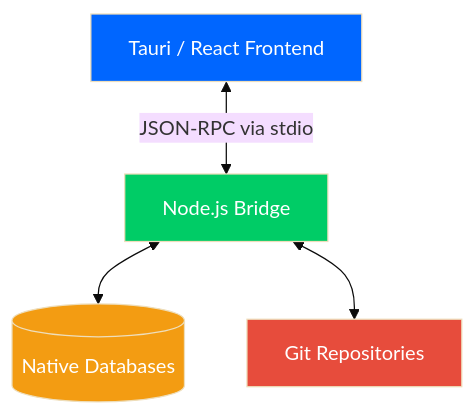
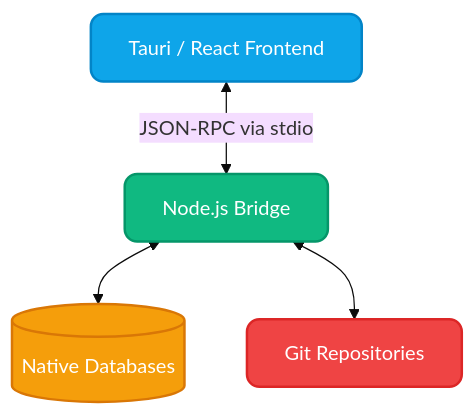
One commit to Relwave/relwave-app changed the diagram in README.md. Above: the diagram before and after it, drawn with Mermaid (base theme). The commit also changed other lines of this file and 5 other files, not shown here.

````diff
--- a/README.md
+++ b/README.md
@@ -106,10 +128,11 @@
 ```mermaid
 graph TD
     A[Tauri / React Frontend] <-->|JSON-RPC via stdio| B[Node.js Bridge]
     B <--> C[(Native Databases)]
     B <--> D[Git Repositories]
-    style A fill:#0066ff,color:#fff
-    style B fill:#00cc66,color:#fff
-    style C fill:#f39c12,color:#fff
-    style D fill:#e74c3c,color:#fff
+
+    style A fill:#0ea5e9,color:#fff,stroke:#0284c7,stroke-width:2px,rx:10px
+    style B fill:#10b981,color:#fff,stroke:#059669,stroke-width:2px,rx:10px
+    style C fill:#f59e0b,color:#fff,stroke:#d97706,stroke-width:2px,rx:10px
+    style D fill:#ef4444,color:#fff,stroke:#dc2626,stroke-width:2px,rx:10px
 ```
````
